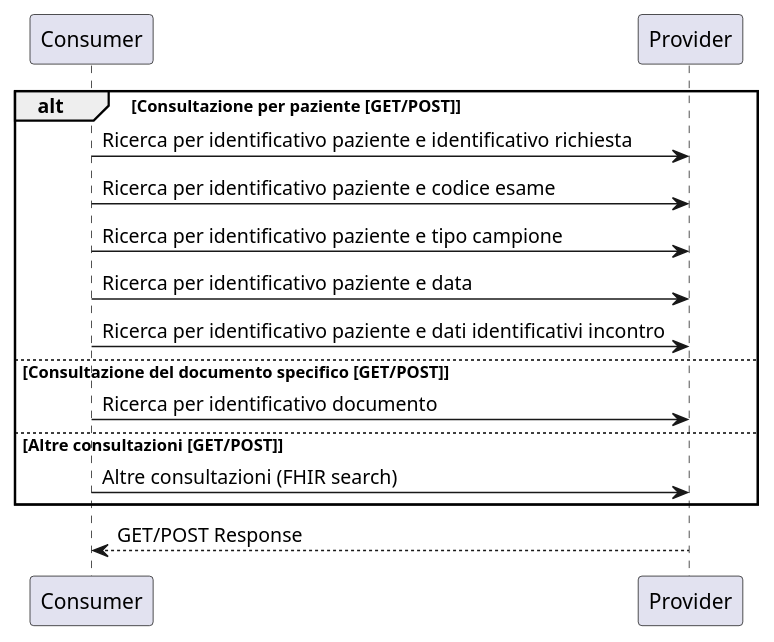
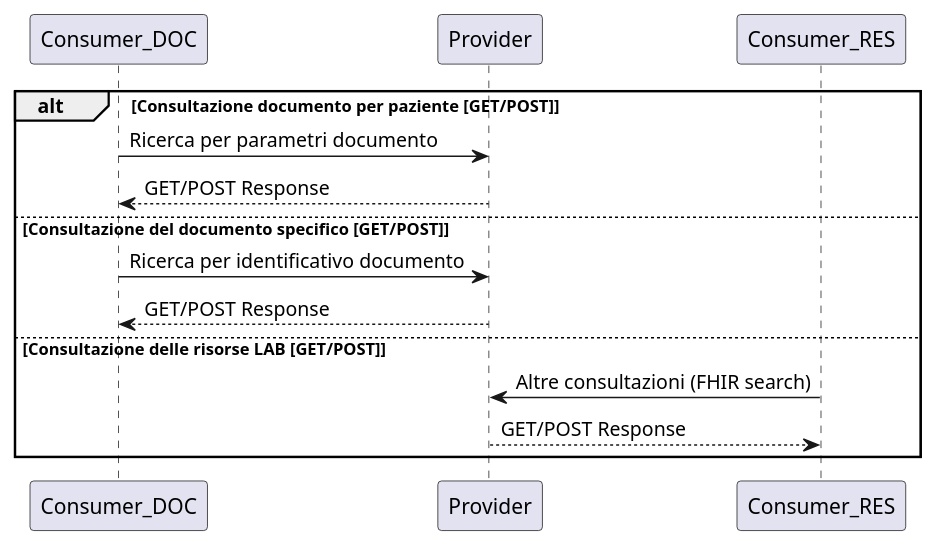
One commit to hl7-it/lab-report changed the diagram in input/images-source/consultazione.plantuml. Above: the diagram before and after it, drawn with PlantUML. The commit also changed 41 other files, not shown here.

```diff
--- a/input/images-source/consultazione.plantuml
+++ b/input/images-source/consultazione.plantuml
@@ -1,17 +1,12 @@
 @startuml
-alt  Consultazione per paziente [GET/POST]
-Consumer -> Provider: Ricerca per identificativo paziente e identificativo richiesta
-Consumer -> Provider: Ricerca per identificativo paziente e codice esame 
-Consumer -> Provider: Ricerca per identificativo paziente e tipo campione
-Consumer -> Provider: Ricerca per identificativo paziente e data 
-Consumer -> Provider: Ricerca per identificativo paziente e dati identificativi incontro
-
+alt  Consultazione documento per paziente [GET/POST]
+    Consumer_DOC -> Provider: Ricerca per parametri documento
+    Provider --> Consumer_DOC: GET/POST Response
 else  Consultazione del documento specifico [GET/POST]
-Consumer -> Provider: Ricerca per identificativo documento
-
-else Altre consultazioni [GET/POST]
-Consumer -> Provider: Altre consultazioni (FHIR search)
-
+    Consumer_DOC -> Provider: Ricerca per identificativo documento
+    Provider --> Consumer_DOC: GET/POST Response 
+else Consultazione delle risorse LAB [GET/POST]
+    Consumer_RES -> Provider: Altre consultazioni (FHIR search)
+    Provider --> Consumer_RES: GET/POST Response 
 end
-Provider --> Consumer: GET/POST Response 
 @enduml
```
